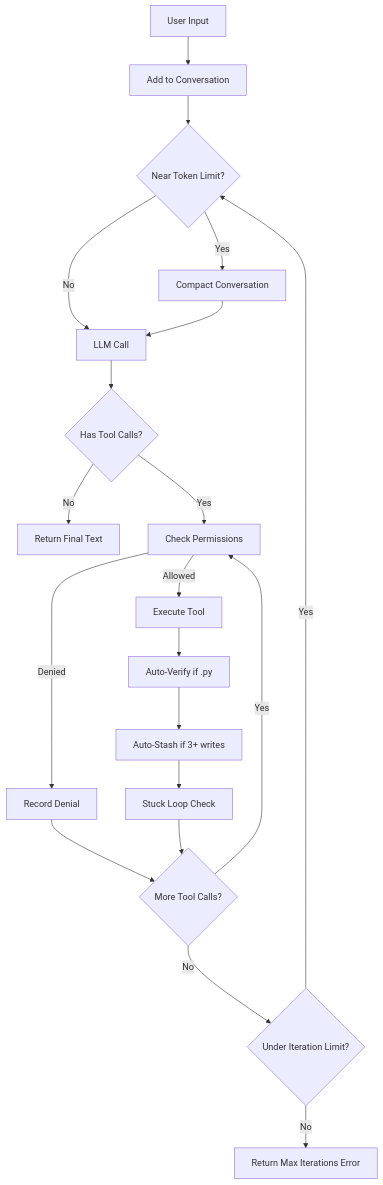
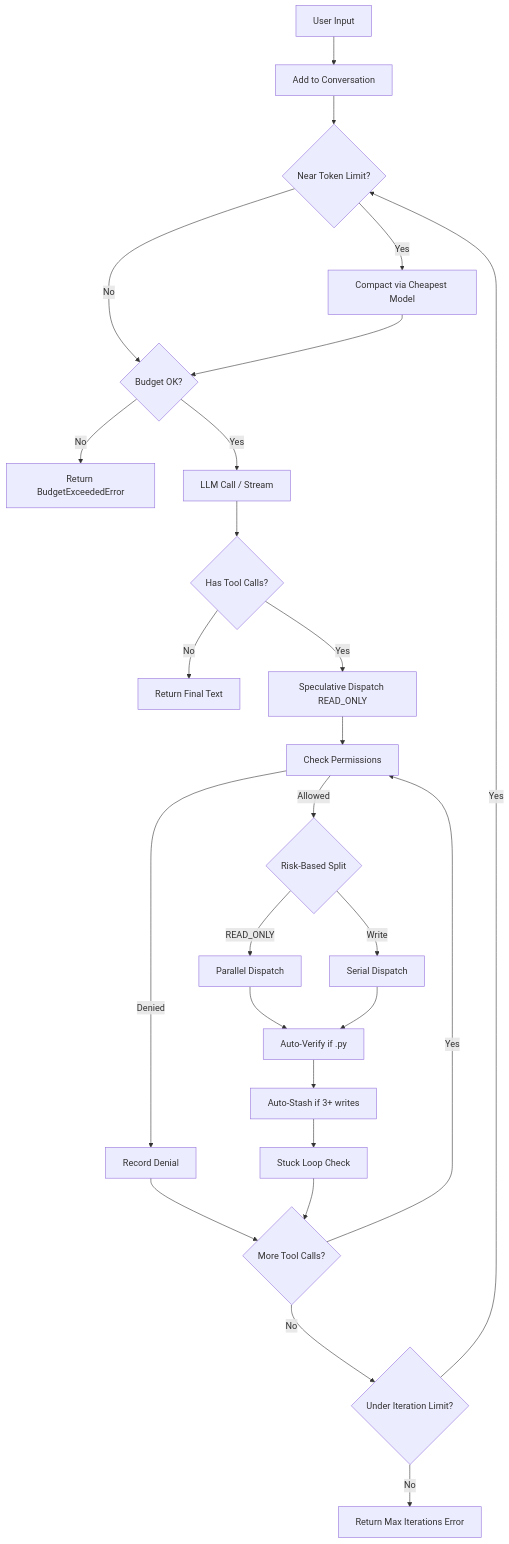
One commit to omnipotence-eth/godspeed-coding-agent changed the first of 3 diagrams in GODSPEED_ARCHITECTURE.md. Above: the diagram before and after it, drawn with Mermaid. The commit also changed other lines of this file and 33 other files, not shown here.

First line of the commit message:
feat: v2.2.0 — self-evolution system, hardware-aware model selection, LLM client tests, documentation overhaul

````diff
--- a/GODSPEED_ARCHITECTURE.md
+++ b/GODSPEED_ARCHITECTURE.md
@@ -23,22 +23,28 @@
 ```mermaid
 flowchart TD
     A[User Input] --> B[Add to Conversation]
     B --> C{Near Token Limit?}
-    C -->|Yes| D[Compact Conversation]
-    C -->|No| E[LLM Call]
+    C -->|Yes| D[Compact via Cheapest Model]
+    C -->|No| E{Budget OK?}
     D --> E
-    E --> F{Has Tool Calls?}
-    F -->|No| G[Return Final Text]
-    F -->|Yes| H[Check Permissions]
-    H -->|Denied| I[Record Denial]
-    H -->|Allowed| J[Execute Tool]
-    I --> K{More Tool Calls?}
-    J --> L[Auto-Verify if .py]
-    L --> M[Auto-Stash if 3+ writes]
-    M --> N[Stuck Loop Check]
-    N --> K
-    K -->|Yes| H
-    K -->|No| O{Under Iteration Limit?}
-    O -->|Yes| C
-    O -->|No| P[Return Max Iterations Error]
+    E -->|No| F[Return BudgetExceededError]
+    E -->|Yes| G[LLM Call / Stream]
+    G --> H{Has Tool Calls?}
+    H -->|No| I[Return Final Text]
+    H -->|Yes| J[Speculative Dispatch READ_ONLY]
+    J --> K[Check Permissions]
+    K -->|Denied| L[Record Denial]
+    K -->|Allowed| M{Risk-Based Split}
+    M -->|READ_ONLY| N[Parallel Dispatch]
+    M -->|Write| O[Serial Dispatch]
+    L --> P{More Tool Calls?}
+    N --> Q[Auto-Verify if .py]
+    O --> Q
+    Q --> R[Auto-Stash if 3+ writes]
+    R --> S[Stuck Loop Check]
+    S --> P
+    P -->|Yes| K
+    P -->|No| T{Under Iteration Limit?}
+    T -->|Yes| C
+    T -->|No| U[Return Max Iterations Error]
 ```
````
